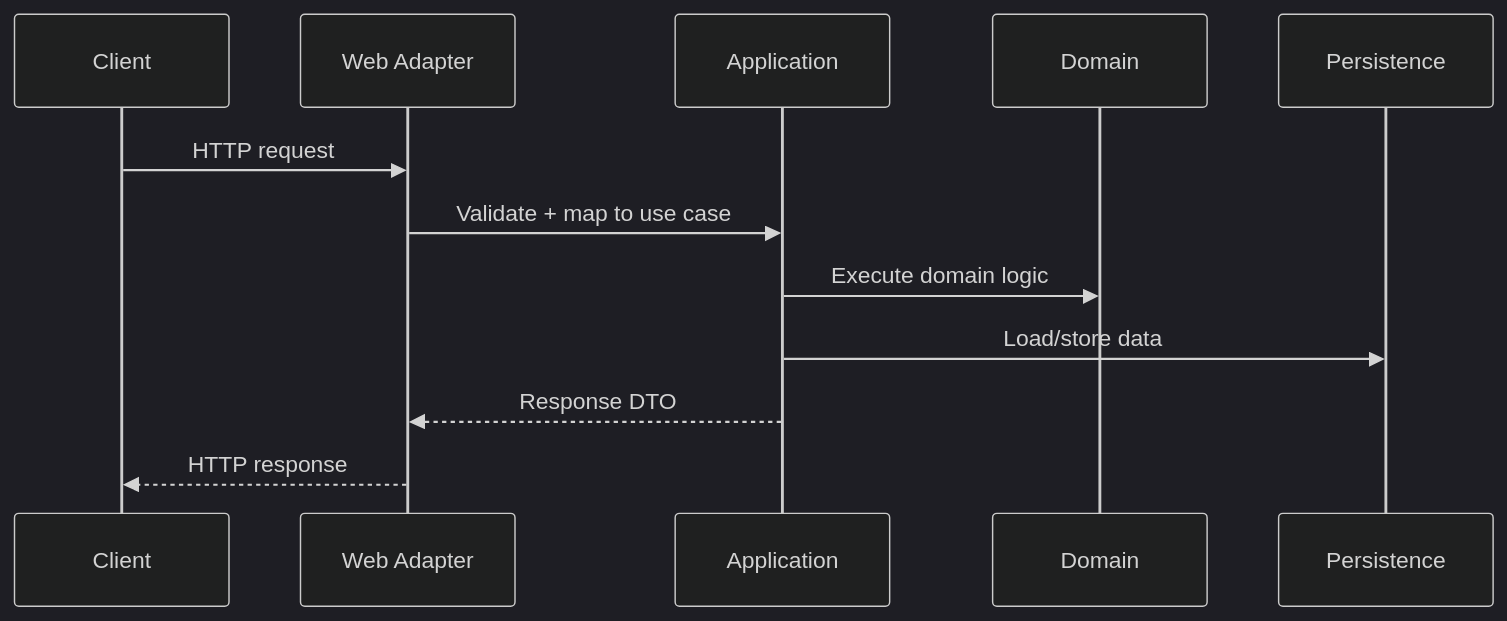
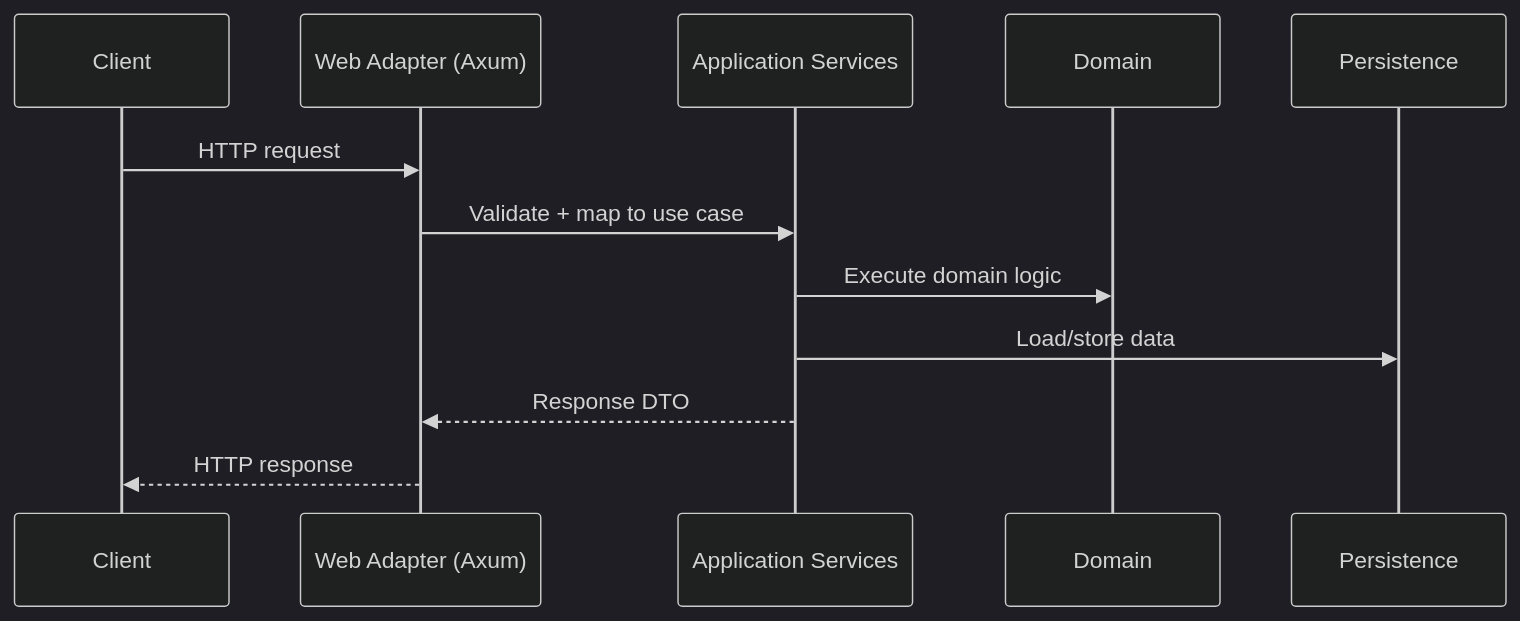
Before and after one commit to sagargupta2001/ReAuth: the second of 4 diagrams in docs/memory/03-control-flow.md, drawn with Mermaid (dark theme). The commit also changed other lines of this file and 12 other files, not shown here.

````diff
--- a/docs/memory/03-control-flow.md
+++ b/docs/memory/03-control-flow.md
@@ -7,14 +22,15 @@
 ```mermaid
 sequenceDiagram
   participant C as Client
-  participant W as Web Adapter
-  participant A as Application
+  participant W as Web Adapter (Axum)
+  participant A as Application Services
   participant D as Domain
   participant P as Persistence
+
   C->>W: HTTP request
   W->>A: Validate + map to use case
   A->>D: Execute domain logic
   A->>P: Load/store data
   A-->>W: Response DTO
   W-->>C: HTTP response
 ```
````
